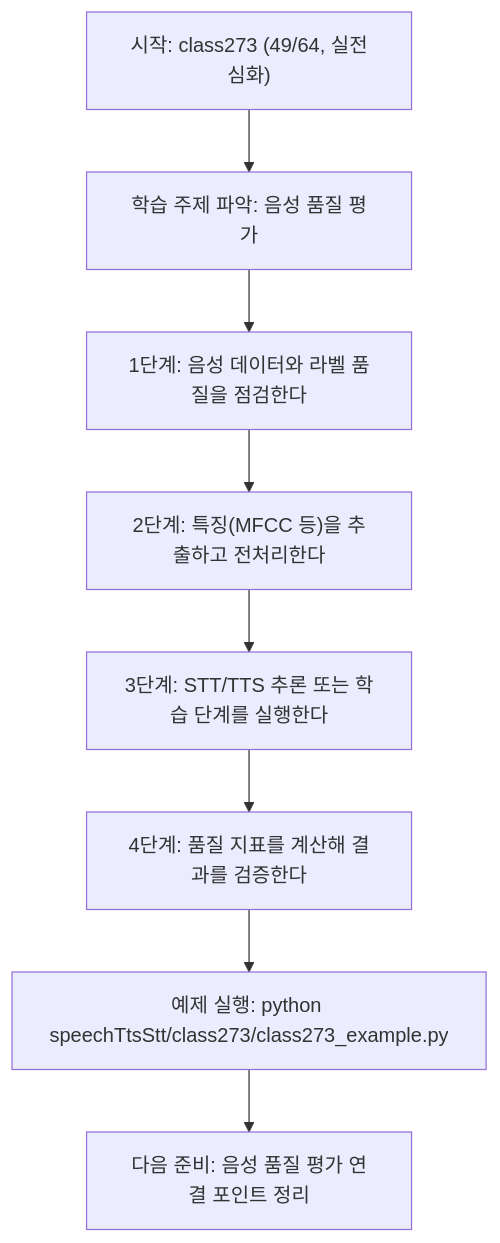
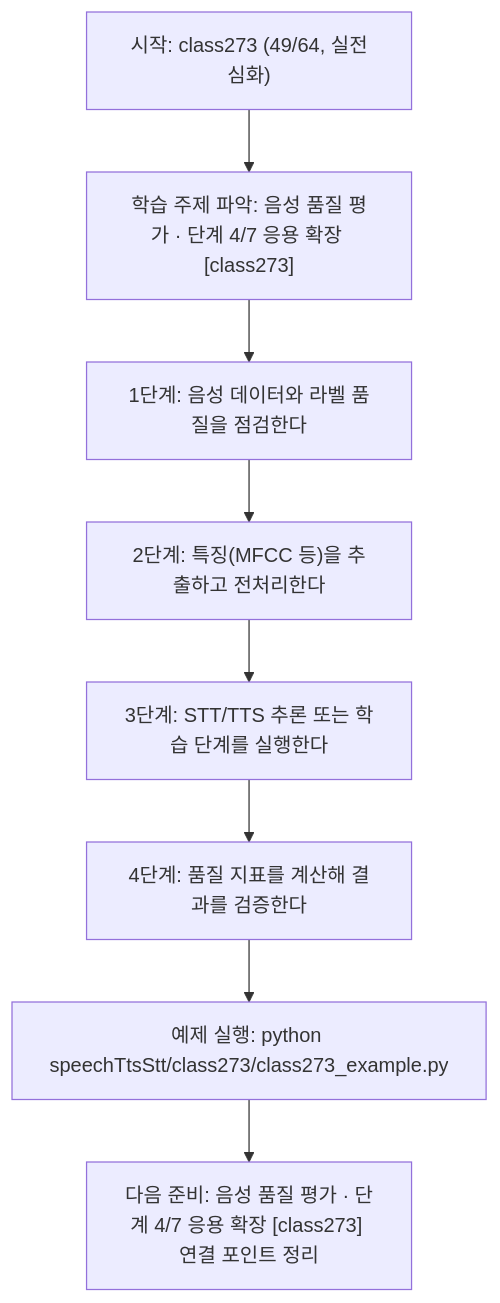
One commit to edumgt/Python-AI_Agent-Class changed the diagram in speechTtsStt/class273/class273.md. Above: the diagram before and after it, drawn with Mermaid. The commit also changed other lines of this file and 522 other files, not shown here.

````diff
--- a/speechTtsStt/class273/class273.md
+++ b/speechTtsStt/class273/class273.md
@@ -113,18 +114,18 @@
 ```mermaid
 flowchart TD
 N1["시작: class273 (49/64, 실전심화)"]
-N2["학습 주제 파악: 음성 품질 평가"]
+N2["학습 주제 파악: 음성 품질 평가 · 단계 4/7 응용 확장 [class273]"]
 N3["1단계: 음성 데이터와 라벨 품질을 점검한다"]
 N4["2단계: 특징(MFCC 등)을 추출하고 전처리한다"]
 N5["3단계: STT/TTS 추론 또는 학습 단계를 실행한다"]
 N6["4단계: 품질 지표를 계산해 결과를 검증한다"]
 N7["예제 실행: python speechTtsStt/class273/class273_example.py"]
-N8["다음 준비: 음성 품질 평가 연결 포인트 정리"]
+N8["다음 준비: 음성 품질 평가 · 단계 4/7 응용 확장 [class273] 연결 포인트 정리"]
 N1 --> N2
 N2 --> N3
 N3 --> N4
 N4 --> N5
 N5 --> N6
 N6 --> N7
 N7 --> N8
 ```
````
